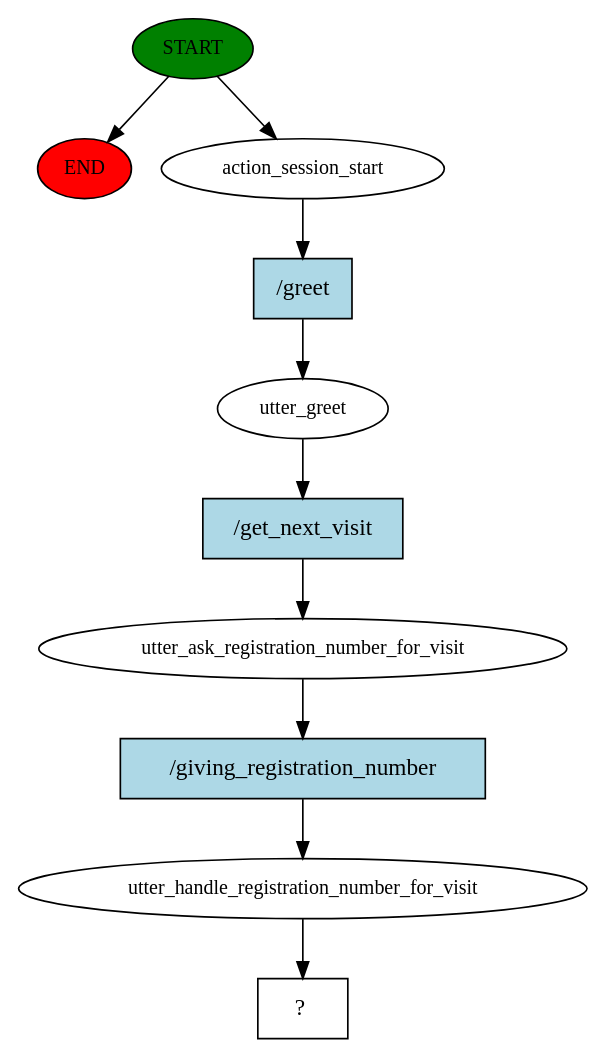
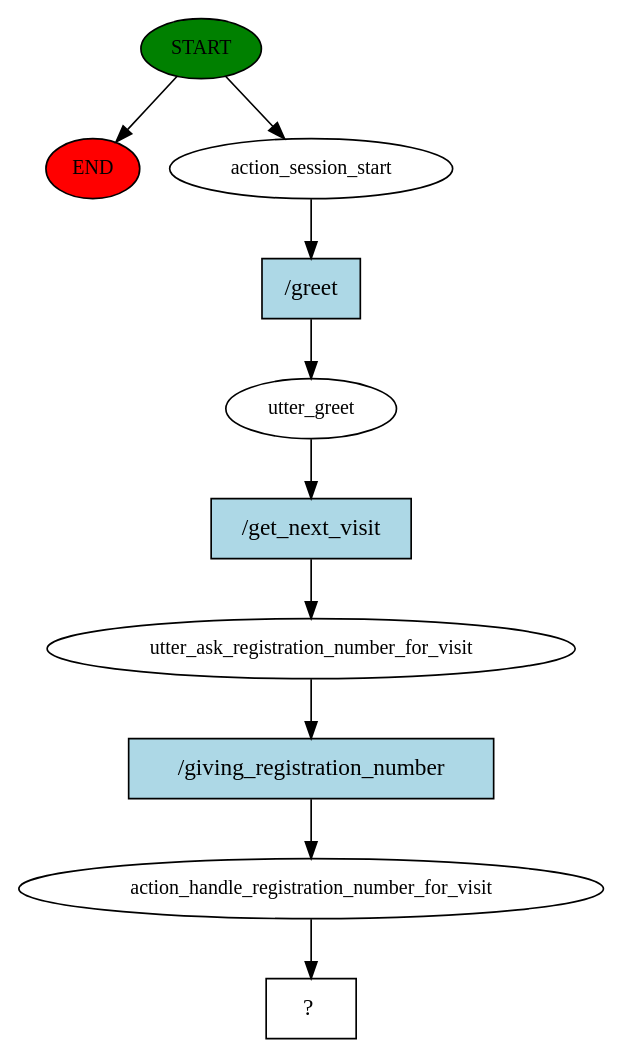
Before and after one commit to JRButoto/RCHS-Chatbot: the diagram in rasabot/story_graph.dot, drawn with Graphviz. The commit also changed 125 other files, not shown here.

Commit message:
added ActionHandleRegistrationNumberForVisit

```diff
--- a/rasabot/story_graph.dot
+++ b/rasabot/story_graph.dot
@@ -1,21 +1,21 @@
 digraph  {
 0 [class="start active", fillcolor=green, fontsize=12, label=START, style=filled];
 "-1" [class=end, fillcolor=red, fontsize=12, label=END, style=filled];
 1 [class=active, fontsize=12, label=action_session_start];
 2 [class=active, fontsize=12, label=utter_greet];
 3 [class=active, fontsize=12, label=utter_ask_registration_number_for_visit];
-4 [class=active, fontsize=12, label=utter_handle_registration_number_for_visit];
+4 [class=active, fontsize=12, label=action_handle_registration_number_for_visit];
 5 [class="intent dashed active", label="  ?  ", shape=rect];
 6 [class="intent active", fillcolor=lightblue, label="/greet", shape=rect, style=filled];
 7 [class="intent active", fillcolor=lightblue, label="/get_next_visit", shape=rect, style=filled];
 8 [class="intent active", fillcolor=lightblue, label="/giving_registration_number", shape=rect, style=filled];
 0 -> "-1"  [class="", key=NONE, label=""];
 0 -> 1  [class=active, key=NONE, label=""];
 1 -> 6  [class=active, key=0];
 2 -> 7  [class=active, key=0];
 3 -> 8  [class=active, key=0];
 4 -> 5  [class=active, key=NONE, label=""];
 6 -> 2  [class=active, key=0];
 7 -> 3  [class=active, key=0];
 8 -> 4  [class=active, key=0];
 }
```
